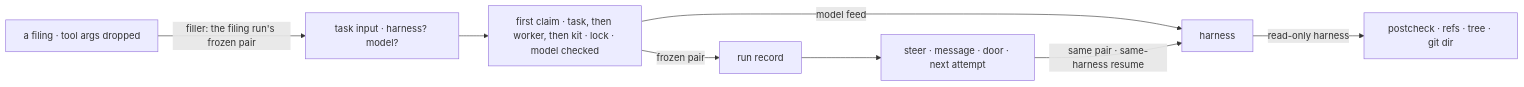
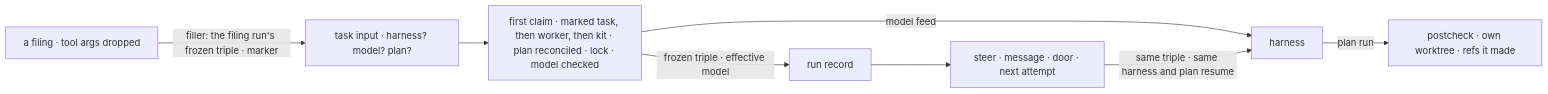
Before and after one commit to fixpoint-labs/flow-state-dev: the second of 2 diagrams in specs/issues/FIX-2878/SPEC.md, drawn with Mermaid. The commit also changed other lines of this file and 5 other files, not shown here.

First line of the commit message:
spec(FIX-2878): honour only filler-marked run settings; align to the plan amendment

````diff
--- a/specs/issues/FIX-2878/SPEC.md
+++ b/specs/issues/FIX-2878/SPEC.md
@@ -89,10 +104,10 @@
 ```mermaid
 flowchart LR
-  T["a filing · tool args dropped"] -->|"filler: the filing run's frozen pair"| I["task input · harness? model?"]
-  I --> C["first claim · task, then worker, then kit · lock · model checked"]
-  C -->|"frozen pair"| R["run record"]
+  T["a filing · tool args dropped"] -->|"filler: the filing run's frozen triple · marker"| I["task input · harness? model? plan?"]
+  I --> C["first claim · marked task, then worker, then kit · plan reconciled · lock · model checked"]
+  C -->|"frozen triple · effective model"| R["run record"]
   C -->|"model feed"| H["harness"]
   R --> S["steer · message · door · next attempt"]
-  S -->|"same pair · same-harness resume"| H
-  H -->|"read-only harness"| Q["postcheck · refs · tree · git dir"]
+  S -->|"same triple · same harness and plan resume"| H
+  H -->|"plan run"| Q["postcheck · own worktree · refs it made"]
 ```
````
